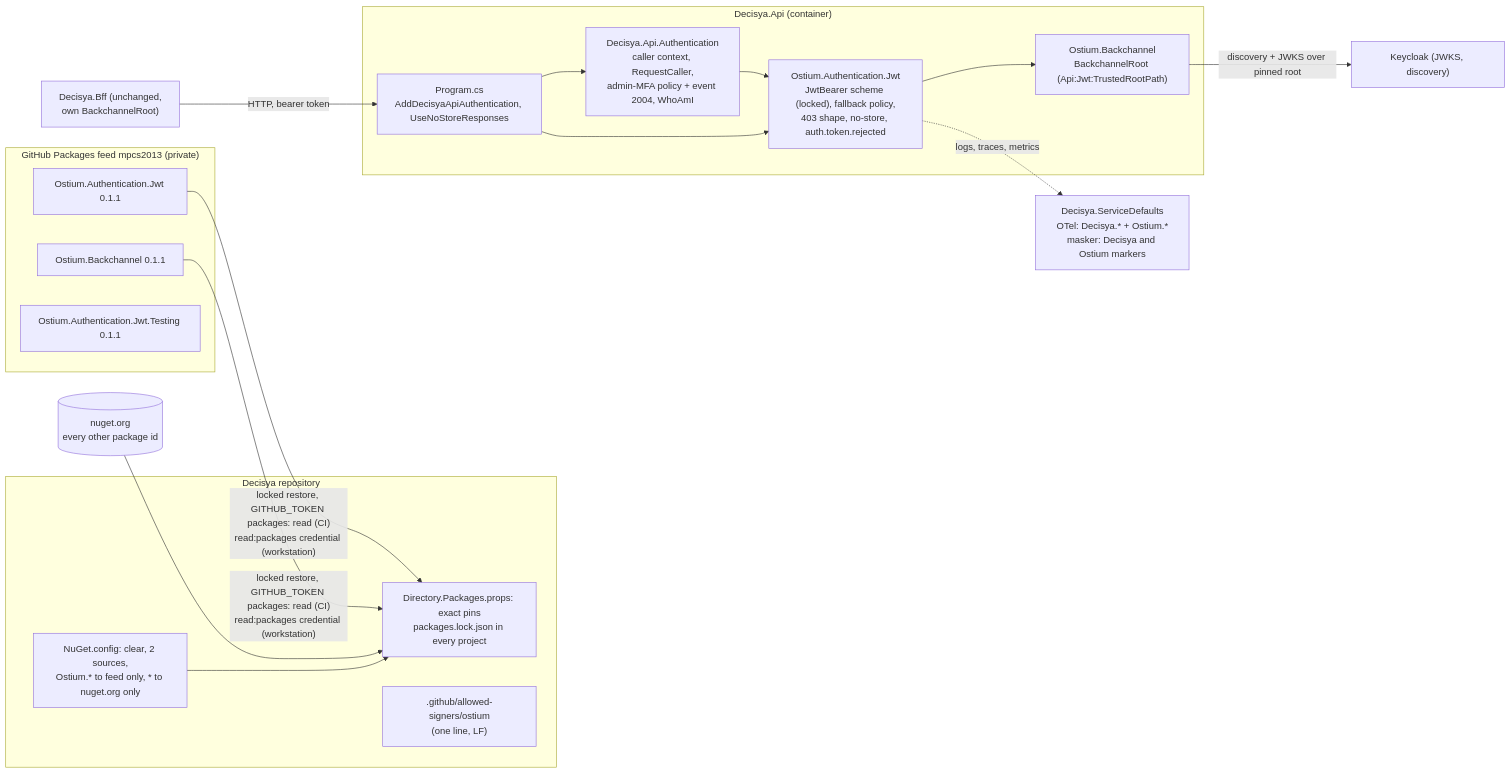
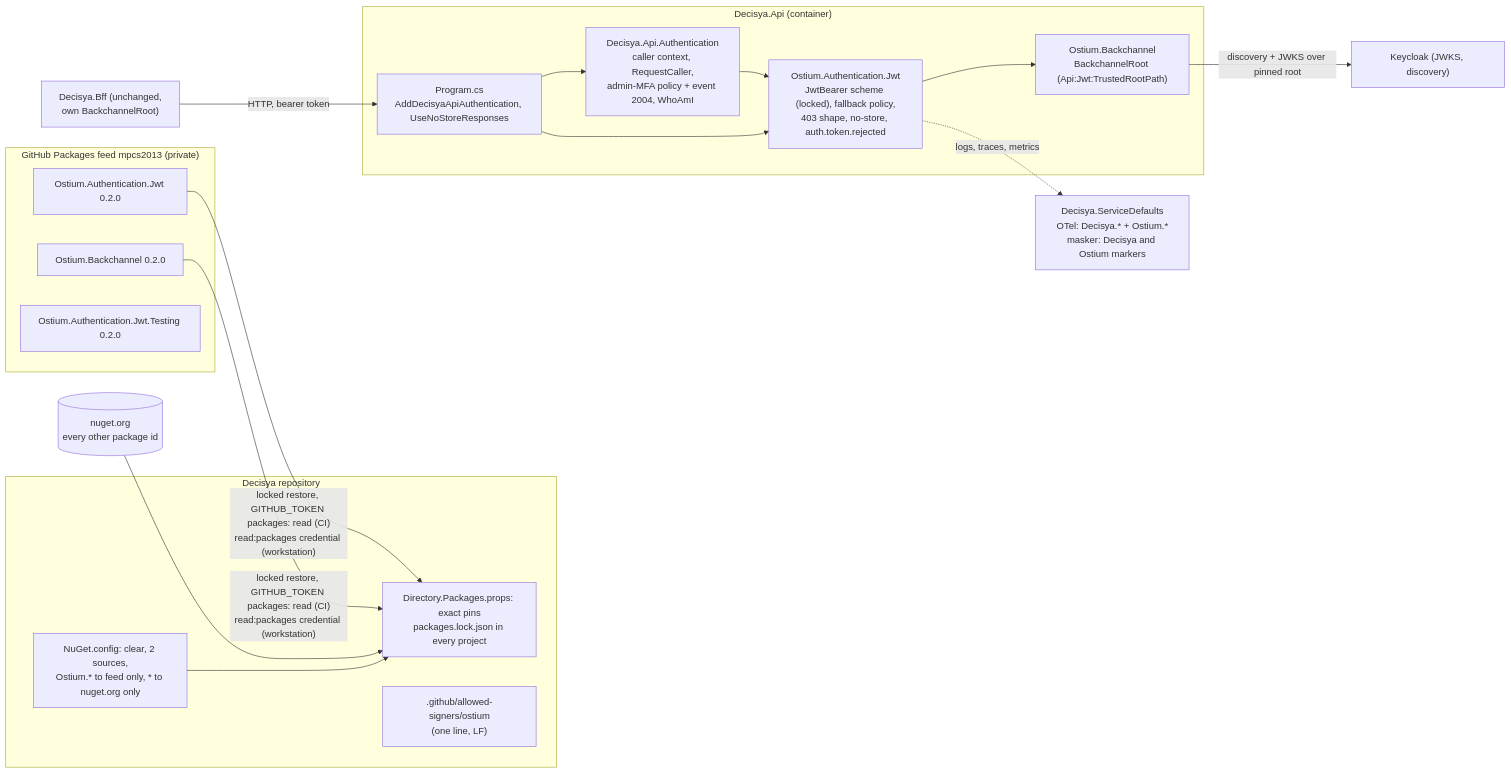
Before and after one commit to mpcs2013/decisya: the diagram in docs/architecture/ostium-jwt-switch.md, drawn with Mermaid. The commit also changed other lines of this file and 22 other files, not shown here.

````diff
--- a/docs/architecture/ostium-jwt-switch.md
+++ b/docs/architecture/ostium-jwt-switch.md
@@ -24,31 +30,31 @@
 ```mermaid
 flowchart LR
   subgraph feed["GitHub Packages feed mpcs2013 (private)"]
-    pj["Ostium.Authentication.Jwt 0.1.1"]
-    pb["Ostium.Backchannel 0.1.1"]
-    pt["Ostium.Authentication.Jwt.Testing 0.1.1"]
+    pj["Ostium.Authentication.Jwt 0.2.0"]
+    pb["Ostium.Backchannel 0.2.0"]
+    pt["Ostium.Authentication.Jwt.Testing 0.2.0"]
   end
   nuget[("nuget.org<br/>every other package id")]
   subgraph repo["Decisya repository"]
     cfg["NuGet.config: clear, 2 sources,<br/>Ostium.* to feed only, * to nuget.org only"]
     props["Directory.Packages.props: exact pins<br/>packages.lock.json in every project"]
     signer[".github/allowed-signers/ostium<br/>(one line, LF)"]
   end
   subgraph api["Decisya.Api (container)"]
     prog["Program.cs<br/>AddDecisyaApiAuthentication, UseNoStoreResponses"]
     auth["Decisya.Api.Authentication<br/>caller context, RequestCaller,<br/>admin-MFA policy + event 2004, WhoAmI"]
     ojwt["Ostium.Authentication.Jwt<br/>JwtBearer scheme (locked), fallback policy,<br/>403 shape, no-store, auth.token.rejected"]
     obc["Ostium.Backchannel<br/>BackchannelRoot (Api:Jwt:TrustedRootPath)"]
   end
   sd["Decisya.ServiceDefaults<br/>OTel: Decisya.* + Ostium.*<br/>masker: Decisya and Ostium markers"]
   kc["Keycloak (JWKS, discovery)"]
   bff["Decisya.Bff (unchanged,<br/>own BackchannelRoot)"]
   pj & pb -- "locked restore, GITHUB_TOKEN packages: read (CI)<br/>read:packages credential (workstation)" --> props
   nuget --> props
   cfg --> props
   prog --> auth --> ojwt --> obc
   prog --> ojwt
   obc -- "discovery + JWKS over pinned root" --> kc
   bff -- "HTTP, bearer token" --> prog
   ojwt -. logs, traces, metrics .-> sd
 ```
````
